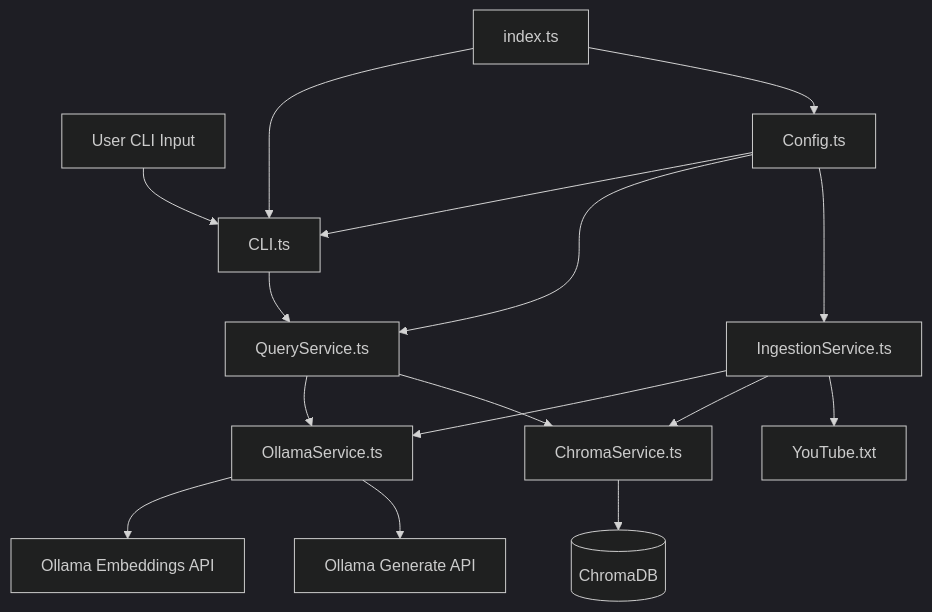
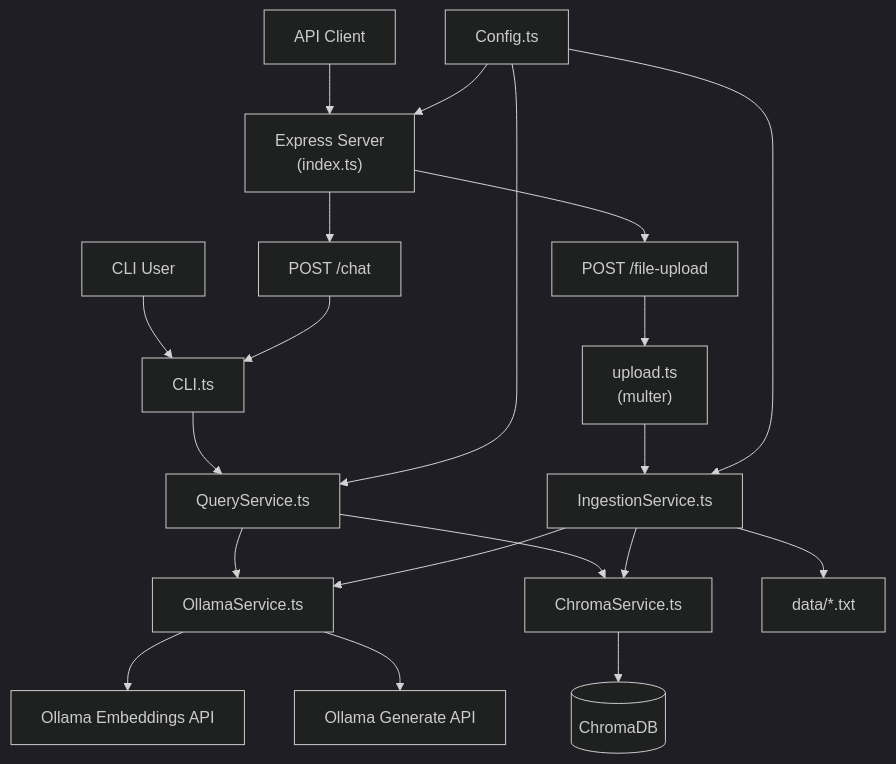
One commit to SachinSawariya/rag-js changed the diagram in README.md. Above: the diagram before and after it, drawn with Mermaid (dark theme). The commit also changed other lines of this file and 5 other files, not shown here.

````diff
--- a/README.md
+++ b/README.md
@@ -15,21 +17,27 @@
 ```mermaid
 flowchart TD
-    User["User CLI Input"] --> CLI["CLI.ts"]
+    APIUser["API Client"] --> ExpressServer["Express Server<br/>(index.ts)"]
+    CLIUser["CLI User"] --> CLI["CLI.ts"]
+    
+    ExpressServer --> ChatEndpoint["POST /chat"]
+    ExpressServer --> UploadEndpoint["POST /file-upload"]
+    UploadEndpoint --> UploadMiddleware["upload.ts<br/>(multer)"]
+    UploadMiddleware --> IngestionService["IngestionService.ts"]
+    
+    ChatEndpoint --> CLI["CLI.ts"]
     CLI --> QueryService["QueryService.ts"]
+    
     QueryService --> OllamaService["OllamaService.ts"]
     QueryService --> ChromaService["ChromaService.ts"]
     OllamaService --> EmbedAPI["Ollama Embeddings API"]
     OllamaService --> GenAPI["Ollama Generate API"]
     ChromaService --> ChromaDB[("ChromaDB")]
     
-    IngestionService["IngestionService.ts"] --> OllamaService
+    IngestionService --> OllamaService
     IngestionService --> ChromaService
-    IngestionService --> FileSystem["YouTube.txt"]
+    IngestionService --> FileSystem["data/*.txt"]
     
-    Config["Config.ts"] --> CLI
+    Config["Config.ts"] --> ExpressServer
     Config --> QueryService
     Config --> IngestionService
-    
-    Main["index.ts"] --> CLI
-    Main --> Config
 ```
````
